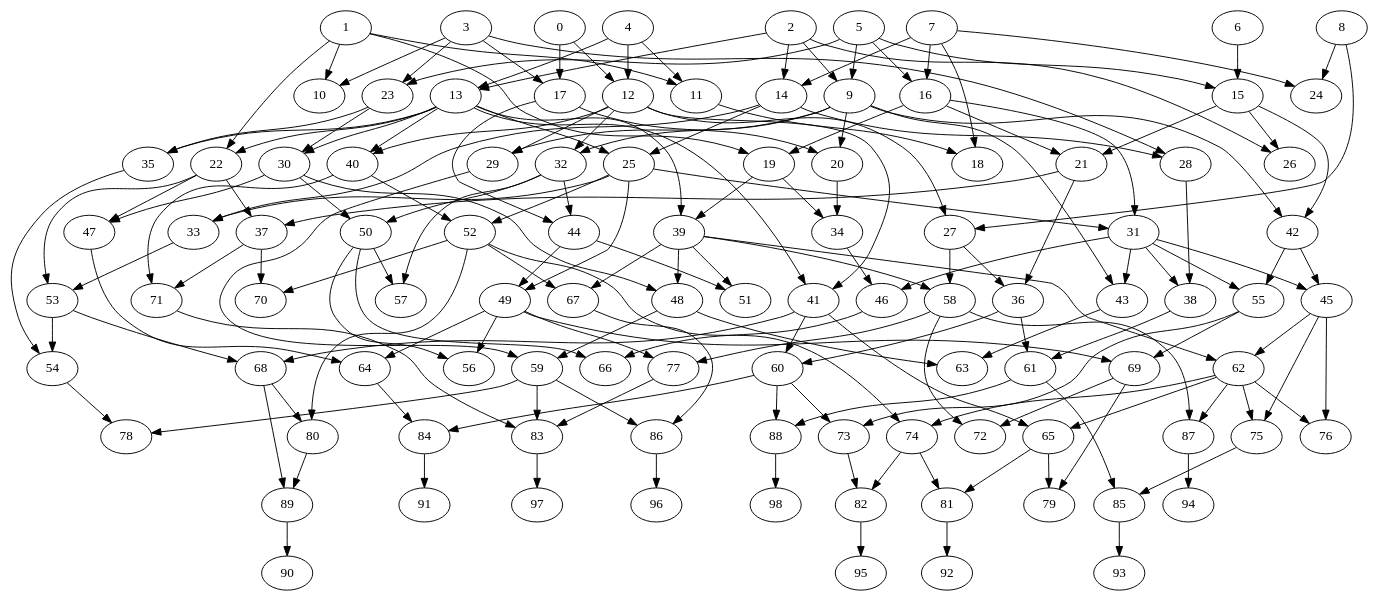
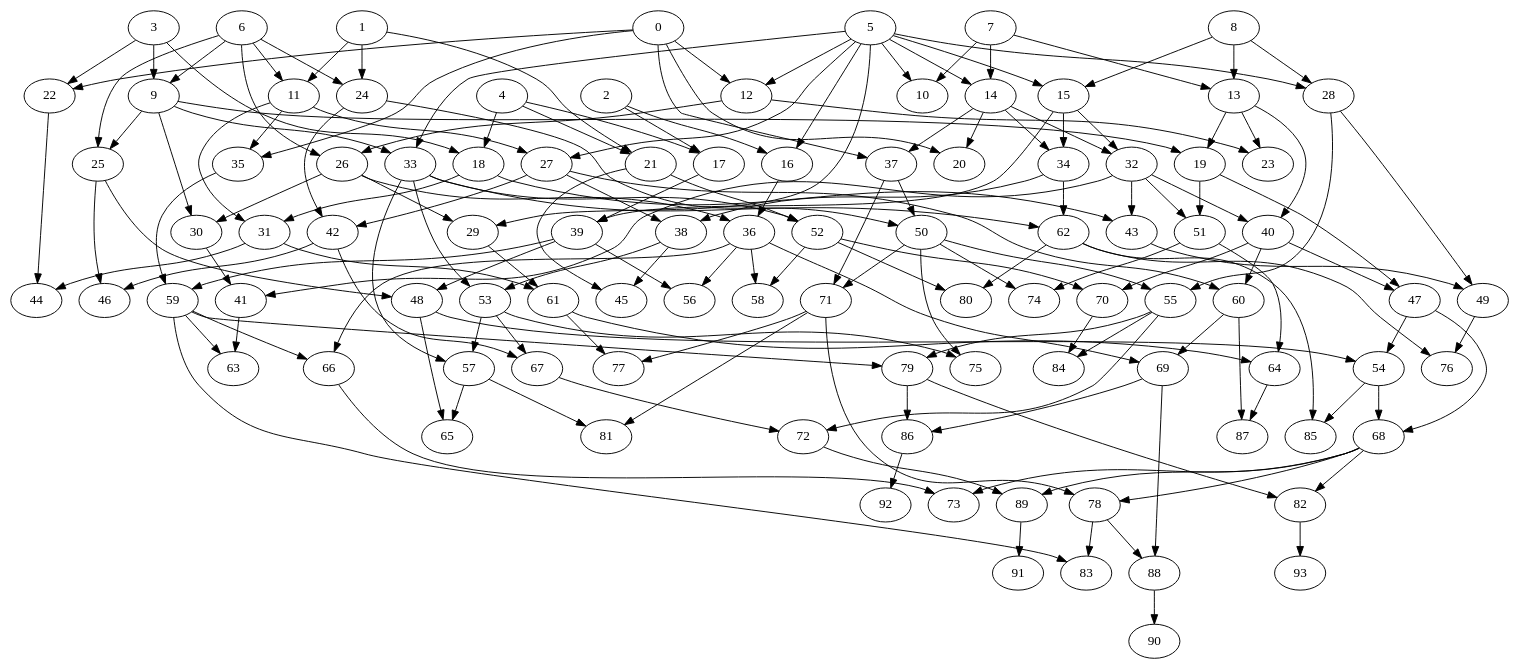
The diagram in test.dot (Ajax12345/protestGP), drawn with Graphviz before and after one commit. The commit also changed 1 other file, not shown here.

```diff
--- a/test.dot
+++ b/test.dot
@@ -2,272 +2,261 @@
 	0	[layer=1];
 	12	[layer=2];
 	0 -> 12;
-	17	[layer=2];
-	0 -> 17;
+	22	[layer=2];
+	0 -> 22;
+	20	[layer=3];
+	0 -> 20;
+	35	[layer=3];
+	0 -> 35;
+	37	[layer=3];
+	0 -> 37;
 	1	[layer=1];
-	10	[layer=2];
-	1 -> 10;
 	11	[layer=2];
 	1 -> 11;
-	19	[layer=3];
-	1 -> 19;
-	22	[layer=3];
-	1 -> 22;
+	21	[layer=2];
+	1 -> 21;
+	24	[layer=2];
+	1 -> 24;
 	2	[layer=1];
+	16	[layer=2];
+	2 -> 16;
+	17	[layer=2];
+	2 -> 17;
+	3	[layer=1];
 	9	[layer=2];
-	2 -> 9;
-	13	[layer=2];
-	2 -> 13;
+	3 -> 9;
+	18	[layer=2];
+	3 -> 18;
+	3 -> 22;
+	4	[layer=1];
+	4 -> 17;
+	4 -> 18;
+	4 -> 21;
+	5	[layer=1];
+	10	[layer=2];
+	5 -> 10;
+	5 -> 12;
 	14	[layer=2];
-	2 -> 14;
-	26	[layer=3];
-	2 -> 26;
-	3	[layer=1];
-	3 -> 10;
-	3 -> 17;
-	23	[layer=2];
-	3 -> 23;
-	28	[layer=3];
-	3 -> 28;
-	4	[layer=1];
-	4 -> 11;
-	4 -> 12;
-	4 -> 13;
-	5	[layer=1];
-	5 -> 9;
+	5 -> 14;
 	15	[layer=2];
 	5 -> 15;
-	16	[layer=2];
 	5 -> 16;
-	5 -> 23;
+	28	[layer=2];
+	5 -> 28;
+	27	[layer=3];
+	5 -> 27;
+	33	[layer=3];
+	5 -> 33;
+	29	[layer=4];
+	5 -> 29;
 	6	[layer=1];
-	6 -> 15;
+	6 -> 9;
+	6 -> 11;
+	6 -> 24;
+	25	[layer=3];
+	6 -> 25;
+	26	[layer=3];
+	6 -> 26;
 	7	[layer=1];
+	7 -> 10;
+	13	[layer=2];
+	7 -> 13;
 	7 -> 14;
-	7 -> 16;
-	24	[layer=2];
-	7 -> 24;
-	18	[layer=3];
-	7 -> 18;
 	8	[layer=1];
-	8 -> 24;
-	27	[layer=3];
-	8 -> 27;
-	20	[layer=3];
-	9 -> 20;
-	29	[layer=3];
-	9 -> 29;
+	8 -> 13;
+	8 -> 15;
+	8 -> 28;
+	19	[layer=3];
+	9 -> 19;
+	9 -> 25;
+	9 -> 33;
+	30	[layer=4];
+	9 -> 30;
+	11 -> 27;
+	31	[layer=3];
+	11 -> 31;
+	11 -> 35;
+	23	[layer=3];
+	12 -> 23;
+	12 -> 26;
+	13 -> 19;
+	13 -> 23;
+	40	[layer=4];
+	13 -> 40;
+	14 -> 20;
 	32	[layer=3];
-	9 -> 32;
-	42	[layer=3];
-	9 -> 42;
-	43	[layer=5];
-	9 -> 43;
-	11 -> 18;
-	12 -> 27;
-	12 -> 29;
-	12 -> 32;
-	40	[layer=3];
-	12 -> 40;
-	41	[layer=3];
-	12 -> 41;
-	13 -> 22;
-	25	[layer=3];
-	13 -> 25;
-	30	[layer=3];
-	13 -> 30;
-	35	[layer=3];
-	13 -> 35;
-	13 -> 40;
-	13 -> 41;
-	39	[layer=4];
-	13 -> 39;
-	14 -> 25;
-	14 -> 28;
-	33	[layer=4];
-	14 -> 33;
-	21	[layer=3];
-	15 -> 21;
-	15 -> 26;
-	15 -> 42;
-	16 -> 19;
-	16 -> 21;
-	31	[layer=4];
-	16 -> 31;
-	17 -> 20;
+	14 -> 32;
+	34	[layer=3];
+	14 -> 34;
+	14 -> 37;
+	15 -> 32;
+	15 -> 34;
+	39	[layer=3];
+	15 -> 39;
+	36	[layer=4];
+	16 -> 36;
+	17 -> 39;
+	18 -> 31;
+	43	[layer=4];
+	18 -> 43;
+	52	[layer=4];
+	21 -> 52;
+	45	[layer=5];
+	21 -> 45;
 	44	[layer=4];
-	17 -> 44;
-	23 -> 30;
-	23 -> 35;
-	34	[layer=4];
-	19 -> 34;
-	19 -> 39;
-	20 -> 34;
-	36	[layer=4];
-	21 -> 36;
-	37	[layer=4];
-	21 -> 37;
-	22 -> 37;
-	47	[layer=4];
-	22 -> 47;
+	22 -> 44;
+	42	[layer=4];
+	24 -> 42;
+	50	[layer=4];
+	24 -> 50;
+	49	[layer=5];
+	28 -> 49;
+	55	[layer=5];
+	28 -> 55;
+	51	[layer=4];
+	19 -> 51;
+	47	[layer=5];
+	19 -> 47;
+	48	[layer=4];
+	25 -> 48;
+	46	[layer=5];
+	25 -> 46;
+	26 -> 29;
+	26 -> 30;
+	26 -> 36;
+	38	[layer=4];
+	27 -> 38;
+	27 -> 42;
+	60	[layer=5];
+	27 -> 60;
+	31 -> 44;
+	61	[layer=5];
+	31 -> 61;
+	32 -> 40;
+	32 -> 43;
+	32 -> 51;
+	41	[layer=5];
+	32 -> 41;
+	33 -> 52;
+	62	[layer=4];
+	33 -> 62;
 	53	[layer=5];
-	22 -> 53;
-	25 -> 31;
-	25 -> 33;
-	52	[layer=4];
-	25 -> 52;
-	49	[layer=5];
-	25 -> 49;
-	27 -> 36;
-	58	[layer=5];
-	27 -> 58;
-	38	[layer=5];
-	28 -> 38;
-	59	[layer=6];
-	29 -> 59;
-	30 -> 47;
-	50	[layer=4];
-	30 -> 50;
-	48	[layer=5];
-	30 -> 48;
-	32 -> 44;
-	32 -> 50;
-	57	[layer=5];
-	32 -> 57;
-	54	[layer=6];
-	35 -> 54;
-	40 -> 52;
+	33 -> 53;
+	57	[layer=6];
+	33 -> 57;
+	34 -> 38;
+	34 -> 62;
+	59	[layer=4];
+	35 -> 59;
+	37 -> 50;
 	71	[layer=5];
-	40 -> 71;
-	60	[layer=5];
-	41 -> 60;
-	68	[layer=6];
-	41 -> 68;
-	65	[layer=7];
-	41 -> 65;
-	45	[layer=5];
-	42 -> 45;
-	55	[layer=5];
-	42 -> 55;
-	31 -> 38;
-	31 -> 43;
-	31 -> 45;
-	46	[layer=5];
-	31 -> 46;
-	31 -> 55;
-	33 -> 53;
-	34 -> 46;
-	36 -> 60;
-	61	[layer=6];
-	36 -> 61;
-	70	[layer=5];
-	37 -> 70;
 	37 -> 71;
 	39 -> 48;
-	51	[layer=5];
-	39 -> 51;
-	39 -> 58;
-	67	[layer=5];
-	39 -> 67;
-	62	[layer=6];
-	39 -> 62;
-	44 -> 49;
-	44 -> 51;
+	39 -> 59;
+	56	[layer=5];
+	39 -> 56;
+	29 -> 61;
+	30 -> 41;
+	36 -> 56;
+	58	[layer=5];
+	36 -> 58;
+	66	[layer=5];
+	36 -> 66;
+	69	[layer=6];
+	36 -> 69;
+	38 -> 45;
+	38 -> 53;
+	40 -> 47;
+	40 -> 60;
+	70	[layer=5];
+	40 -> 70;
+	42 -> 46;
+	67	[layer=6];
+	42 -> 67;
+	43 -> 49;
+	54	[layer=6];
+	48 -> 54;
+	65	[layer=7];
+	48 -> 65;
+	50 -> 55;
+	50 -> 71;
+	74	[layer=5];
+	50 -> 74;
+	75	[layer=6];
+	50 -> 75;
+	51 -> 74;
 	64	[layer=6];
-	47 -> 64;
-	50 -> 57;
-	56	[layer=6];
-	50 -> 56;
-	66	[layer=6];
-	50 -> 66;
-	52 -> 67;
+	51 -> 64;
+	52 -> 58;
 	52 -> 70;
-	74	[layer=7];
-	52 -> 74;
-	80	[layer=7];
+	80	[layer=5];
 	52 -> 80;
-	38 -> 61;
+	59 -> 66;
 	63	[layer=6];
-	43 -> 63;
-	45 -> 62;
-	75	[layer=7];
-	45 -> 75;
-	76	[layer=7];
-	45 -> 76;
-	46 -> 66;
-	48 -> 59;
-	48 -> 63;
-	49 -> 56;
-	49 -> 64;
-	69	[layer=6];
-	49 -> 69;
+	59 -> 63;
+	79	[layer=6];
+	59 -> 79;
+	83	[layer=9];
+	59 -> 83;
+	62 -> 80;
+	76	[layer=6];
+	62 -> 76;
+	85	[layer=7];
+	62 -> 85;
+	41 -> 63;
+	47 -> 54;
+	68	[layer=7];
+	47 -> 68;
+	49 -> 76;
+	53 -> 57;
+	53 -> 67;
+	53 -> 75;
+	55 -> 79;
+	84	[layer=6];
+	55 -> 84;
+	72	[layer=7];
+	55 -> 72;
+	60 -> 69;
+	87	[layer=7];
+	60 -> 87;
+	61 -> 64;
 	77	[layer=6];
-	49 -> 77;
-	53 -> 54;
-	53 -> 68;
-	55 -> 69;
-	73	[layer=6];
-	55 -> 73;
-	58 -> 77;
-	72	[layer=7];
-	58 -> 72;
-	87	[layer=7];
-	58 -> 87;
-	60 -> 73;
-	84	[layer=7];
-	60 -> 84;
-	88	[layer=7];
-	60 -> 88;
+	61 -> 77;
+	73	[layer=8];
+	66 -> 73;
+	70 -> 84;
+	71 -> 77;
+	81	[layer=7];
+	71 -> 81;
+	78	[layer=8];
+	71 -> 78;
+	54 -> 68;
+	54 -> 85;
+	57 -> 65;
+	57 -> 81;
+	64 -> 87;
+	67 -> 72;
 	86	[layer=7];
-	67 -> 86;
-	83	[layer=7];
-	71 -> 83;
-	78	[layer=7];
-	54 -> 78;
-	59 -> 78;
-	59 -> 83;
-	59 -> 86;
-	61 -> 88;
-	85	[layer=8];
-	61 -> 85;
-	62 -> 65;
-	62 -> 74;
-	62 -> 75;
-	62 -> 76;
-	62 -> 87;
-	64 -> 84;
-	68 -> 80;
+	69 -> 86;
+	88	[layer=9];
+	69 -> 88;
+	79 -> 86;
+	82	[layer=8];
+	79 -> 82;
+	68 -> 73;
+	68 -> 78;
+	68 -> 82;
 	89	[layer=8];
 	68 -> 89;
-	69 -> 72;
-	79	[layer=8];
-	69 -> 79;
-	82	[layer=8];
-	73 -> 82;
-	77 -> 83;
-	65 -> 79;
-	81	[layer=8];
-	65 -> 81;
-	74 -> 81;
-	74 -> 82;
-	75 -> 85;
-	80 -> 89;
-	97	[layer=9];
-	83 -> 97;
-	91	[layer=9];
-	84 -> 91;
-	96	[layer=9];
-	86 -> 96;
-	94	[layer=9];
-	87 -> 94;
-	98	[layer=9];
-	88 -> 98;
-	92	[layer=9];
-	81 -> 92;
-	95	[layer=9];
-	82 -> 95;
-	93	[layer=9];
-	85 -> 93;
-	90	[layer=9];
-	89 -> 90;
+	72 -> 89;
+	92	[layer=10];
+	86 -> 92;
+	78 -> 83;
+	78 -> 88;
+	93	[layer=10];
+	82 -> 93;
+	91	[layer=10];
+	89 -> 91;
+	90	[layer=10];
+	88 -> 90;
 }
```
